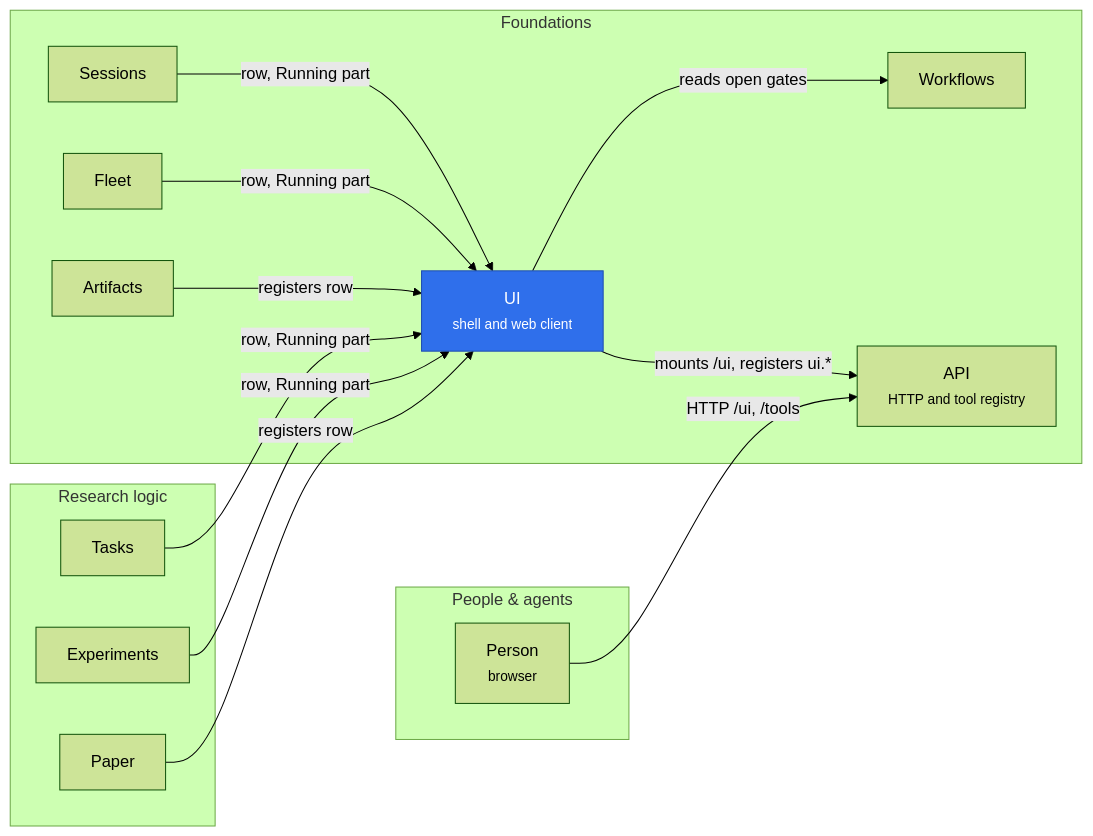
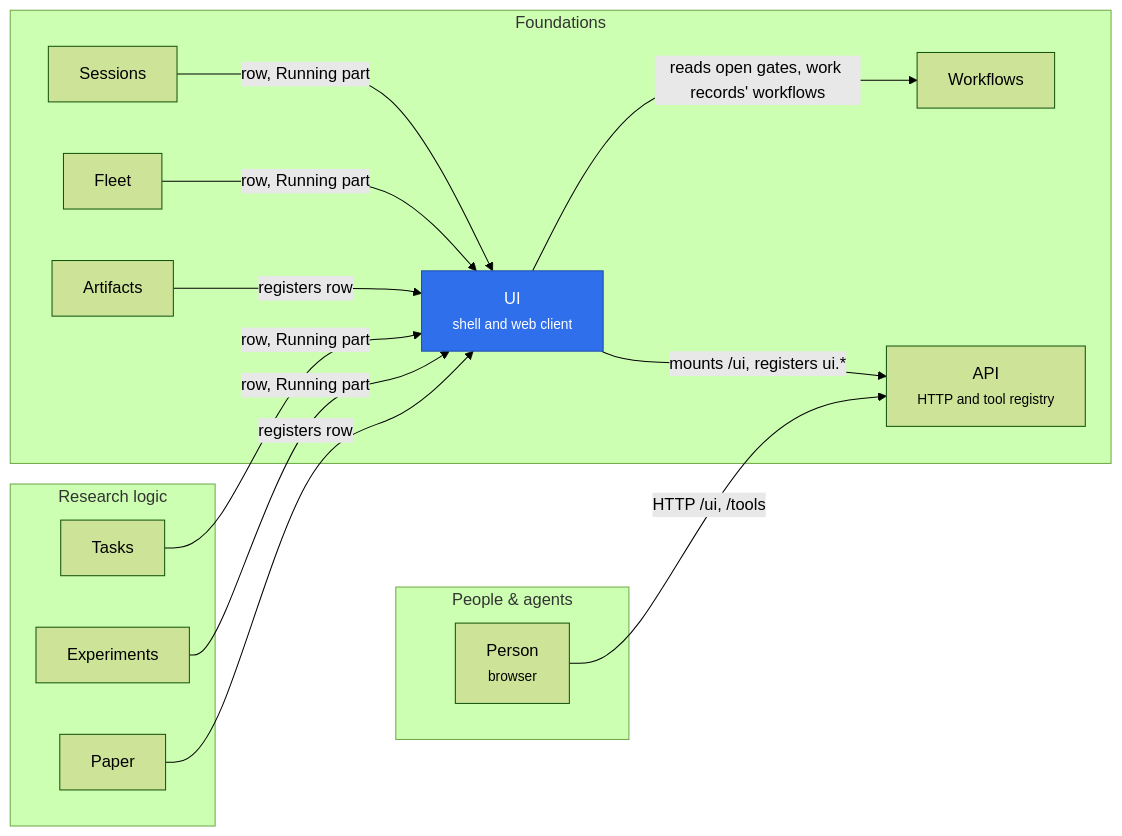
Before and after one commit to rapidreview-io/Merv: the diagram in merv-typescript/packages/ui/README.md, drawn with Mermaid (forest theme). The commit also changed other lines of this file and 12 other files, not shown here.

````diff
--- a/merv-typescript/packages/ui/README.md
+++ b/merv-typescript/packages/ui/README.md
@@ -7,30 +7,30 @@
 ```mermaid
 flowchart LR
   subgraph people["People & agents"]
     person["Person<br/><small>browser</small>"]
   end
   subgraph research["Research logic"]
     tasks[Tasks]
     experiments[Experiments]
     paper[Paper]
   end
   subgraph foundations["Foundations"]
     ui["UI<br/><small>shell and web client</small>"]
     api["API<br/><small>HTTP and tool registry</small>"]
     sessions[Sessions]
     fleet[Fleet]
     artifacts[Artifacts]
     workflows[Workflows]
   end
   person -- "HTTP /ui, /tools" --> api
   ui -- "mounts /ui, registers ui.*" --> api
-  ui -- "reads open gates" --> workflows
+  ui -- "reads open gates, work records' workflows" --> workflows
   tasks -- "row, Running part" --> ui
   experiments -- "row, Running part" --> ui
   sessions -- "row, Running part" --> ui
   fleet -- "row, Running part" --> ui
   paper -- "registers row" --> ui
   artifacts -- "registers row" --> ui
   classDef self fill:#2f6feb,color:#fff,stroke:#1f4fb0
   class ui self
 ```
````
